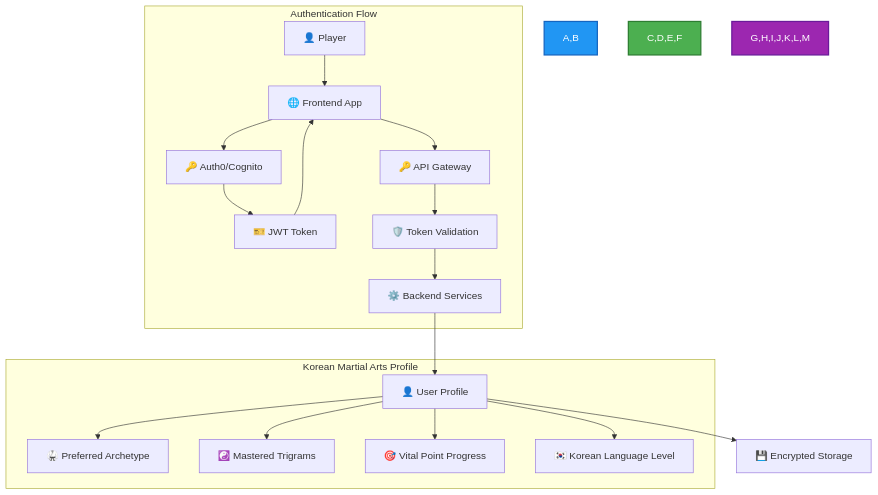
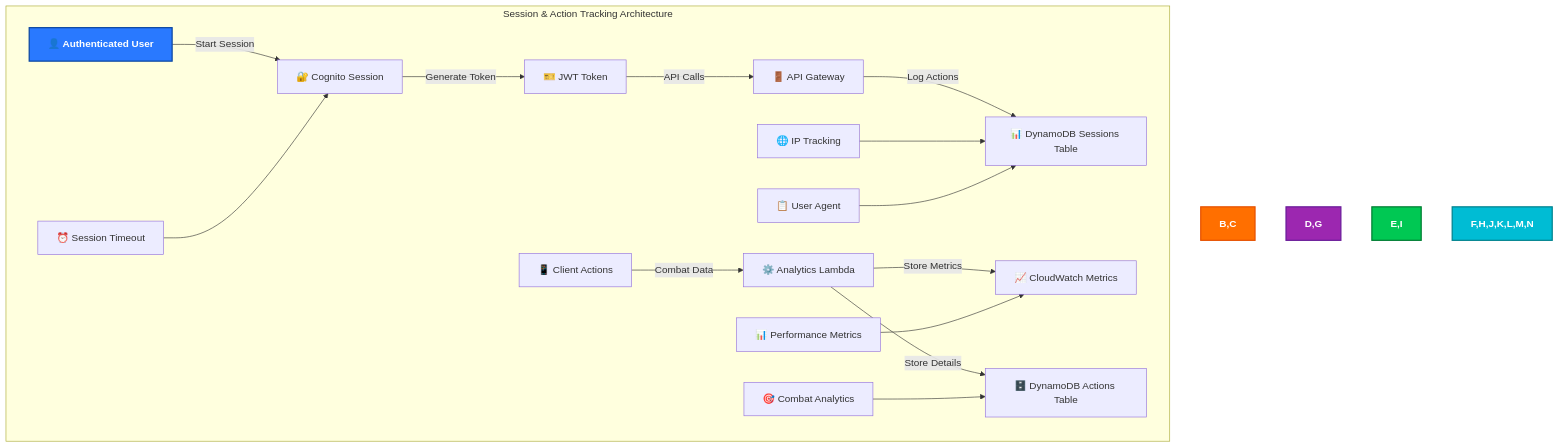
Before and after one commit to Hack23/blacktrigram: the third of 16 diagrams in FUTURE_SECURITY_ARCHITECTURE.md, drawn with Mermaid. The commit also changed other lines of this file, not shown here.

Commit message:
Implement feature X to enhance user experience and fix bug Y in module Z

````diff
--- a/FUTURE_SECURITY_ARCHITECTURE.md
+++ b/FUTURE_SECURITY_ARCHITECTURE.md
@@ -539,27 +176,25 @@
 ```mermaid
 flowchart TD
-    subgraph "Authentication Flow"
-        A[👤 Player] --> B[🌐 Frontend App]
-        B --> C[🔑 Auth0/Cognito]
-        C --> D[🎫 JWT Token]
-        D --> B
-        B --> E[🔑 API Gateway]
-        E --> F[🛡️ Token Validation]
-        F --> G[⚙️ Backend Services]
+    subgraph "Session & Action Tracking Architecture"
+        A[👤 Authenticated User] -->|"Start Session"| B[🔐 Cognito Session]
+        B -->|"Generate Token"| C[🎫 JWT Token]
+        C -->|"API Calls"| D[🚪 API Gateway]
+        D -->|"Log Actions"| E[📊 DynamoDB Sessions Table]
+
+        F[📱 Client Actions] -->|"Combat Data"| G[⚙️ Analytics Lambda]
+        G -->|"Store Metrics"| H[📈 CloudWatch Metrics]
+        G -->|"Store Details"| I[🗄️ DynamoDB Actions Table]
+
+        J[⏰ Session Timeout] --> B
+        K[🌐 IP Tracking] --> E
+        L[📋 User Agent] --> E
+        M[🎯 Combat Analytics] --> I
+        N[📊 Performance Metrics] --> H
     end
 
-    subgraph "Korean Martial Arts Profile"
-        H[👤 User Profile]
-        H --> I[🥋 Preferred Archetype]
-        H --> J[☯️ Mastered Trigrams]
-        H --> K[🎯 Vital Point Progress]
-        H --> L[🇰🇷 Korean Language Level]
-    end
-
-    G --> H
-    H --> M[💾 Encrypted Storage]
-
-    style A,B fill:#2196F3,stroke:#1565C0,stroke-width:2px,color:white
-    style C,D,E,F fill:#4CAF50,stroke:#2E7D32,stroke-width:2px,color:white
-    style G,H,I,J,K,L,M fill:#9C27B0,stroke:#6A1B9A,stroke-width:2px,color:white
+    style A fill:#2979FF,stroke:#0D47A1,stroke-width:2px,color:white,font-weight:bold
+    style B,C fill:#FF6F00,stroke:#E65100,stroke-width:2px,color:white,font-weight:bold
+    style D,G fill:#9C27B0,stroke:#6A1B9A,stroke-width:2px,color:white,font-weight:bold
+    style E,I fill:#00C853,stroke:#007E33,stroke-width:2px,color:white,font-weight:bold
+    style F,H,J,K,L,M,N fill:#00BCD4,stroke:#00838F,stroke-width:2px,color:white,font-weight:bold
 ```
````
